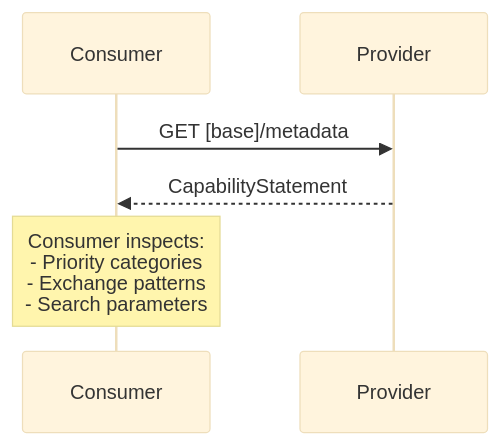
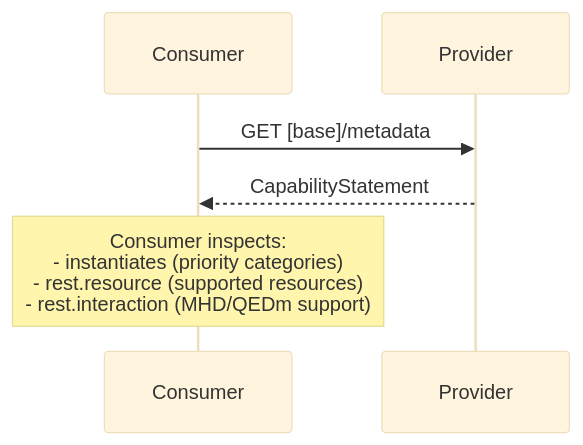
Before and after one commit to euridice-org/jwg-api: the diagram in input/pagecontent/capability-discovery.md, drawn with Mermaid (base theme). The commit also changed other lines of this file and 5 other files, not shown here.

````diff
--- a/input/pagecontent/capability-discovery.md
+++ b/input/pagecontent/capability-discovery.md
@@ -59,10 +68,10 @@
 ```mermaid
 sequenceDiagram
     participant Consumer
     participant Provider
 
     Consumer ->> Provider: GET [base]/metadata
     Provider -->> Consumer: CapabilityStatement
 
-    Note over Consumer: Consumer inspects:<br/>- Priority categories<br/>- Exchange patterns<br/>- Search parameters
+    Note over Consumer: Consumer inspects:<br/>- instantiates (priority categories)<br/>- rest.resource (supported resources)<br/>- rest.interaction (MHD/QEDm support)
 ```
````
